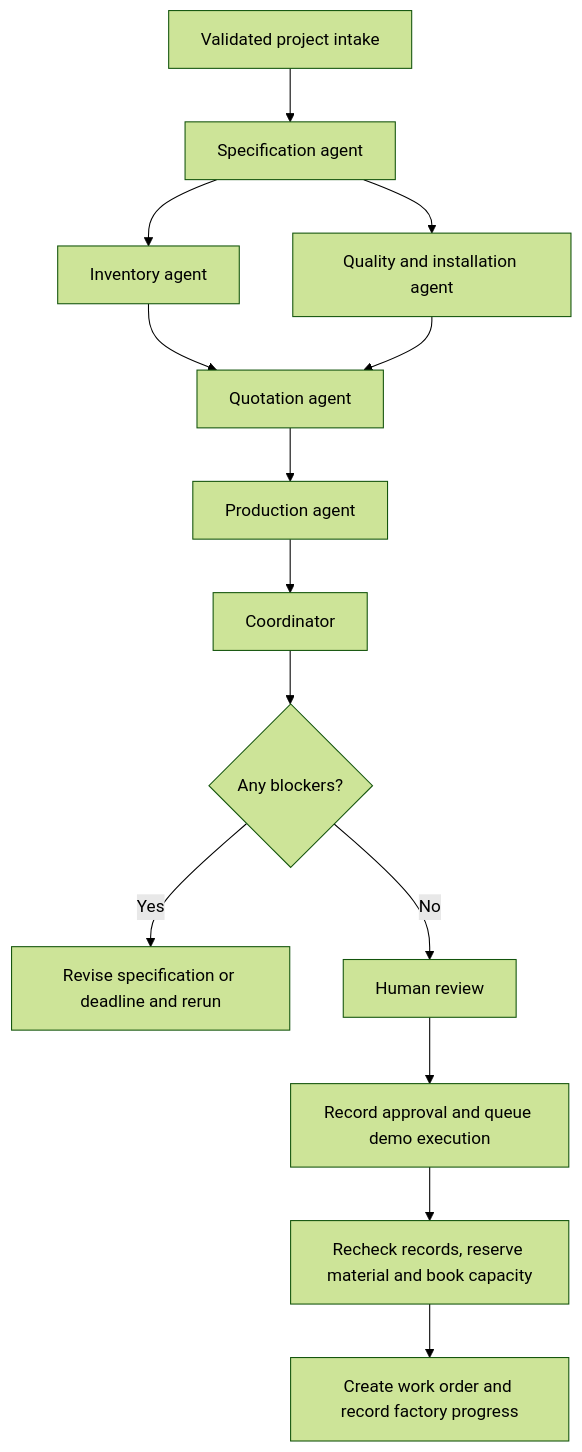
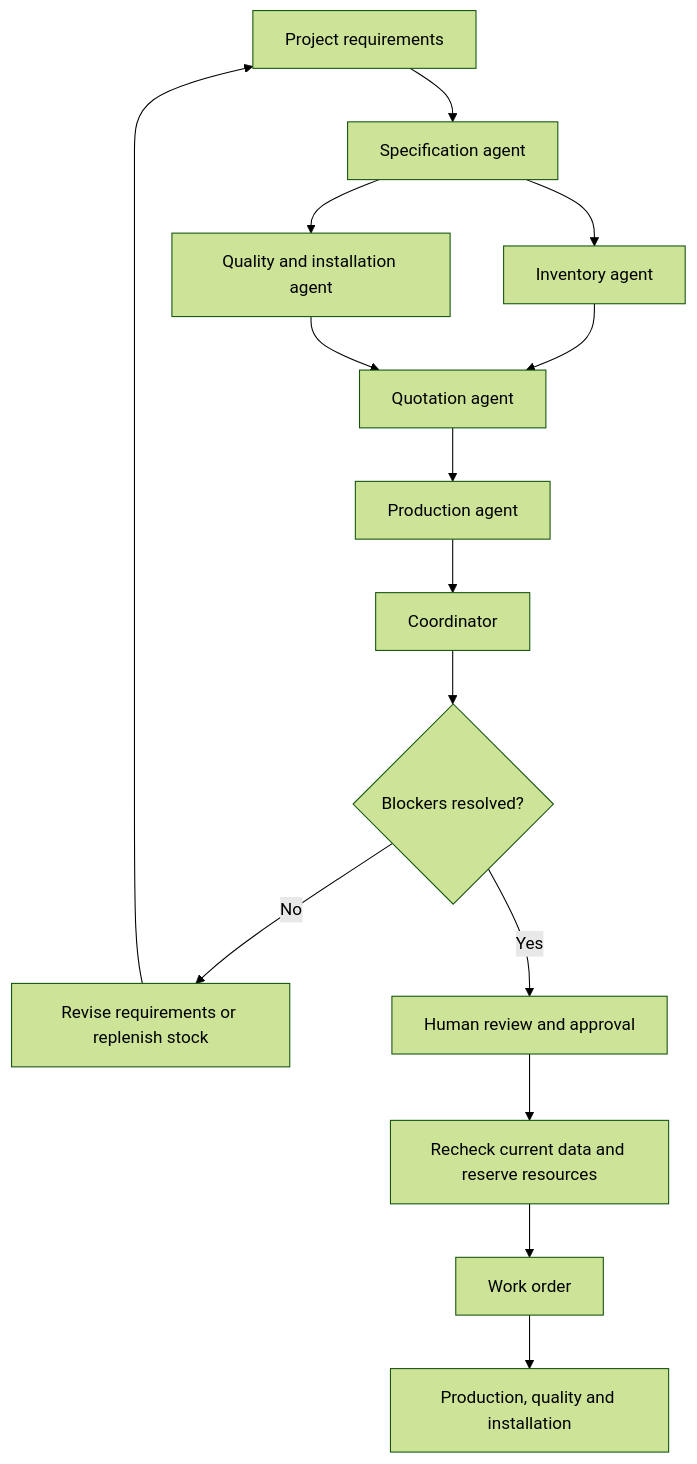
The diagram in README.md (InfasMohammed/DemoRoyalBlinds), drawn with Mermaid (forest theme) before and after one commit. The commit also changed other lines of this file and 2 other files, not shown here.

Commit message:
Present project documentation for a company audience

````diff
--- a/README.md
+++ b/README.md
@@ -173,16 +34,17 @@
 ```mermaid
 flowchart TD
-    A[Validated project intake] --> B[Specification agent]
-    B --> C[Inventory agent]
-    B --> D[Quality and installation agent]
-    C --> E[Quotation agent]
-    D --> E
-    E --> F[Production agent]
-    F --> G[Coordinator]
-    G --> H{Any blockers?}
-    H -->|Yes| I[Revise specification or deadline and rerun]
-    H -->|No| J[Human review]
-    J --> K[Record approval and queue demo execution]
-    K --> L[Recheck records, reserve material and book capacity]
-    L --> M[Create work order and record factory progress]
+    Intake[Project requirements] --> Specification[Specification agent]
+    Specification --> Inventory[Inventory agent]
+    Specification --> Quality[Quality and installation agent]
+    Inventory --> Quotation[Quotation agent]
+    Quality --> Quotation
+    Quotation --> Production[Production agent]
+    Production --> Coordinator[Coordinator]
+    Coordinator --> Decision{Blockers resolved?}
+    Decision -->|No| Revision[Revise requirements or replenish stock]
+    Revision --> Intake
+    Decision -->|Yes| Review[Human review and approval]
+    Review --> Recheck[Recheck current data and reserve resources]
+    Recheck --> WorkOrder[Work order]
+    WorkOrder --> Progress[Production, quality and installation]
 ```
````
